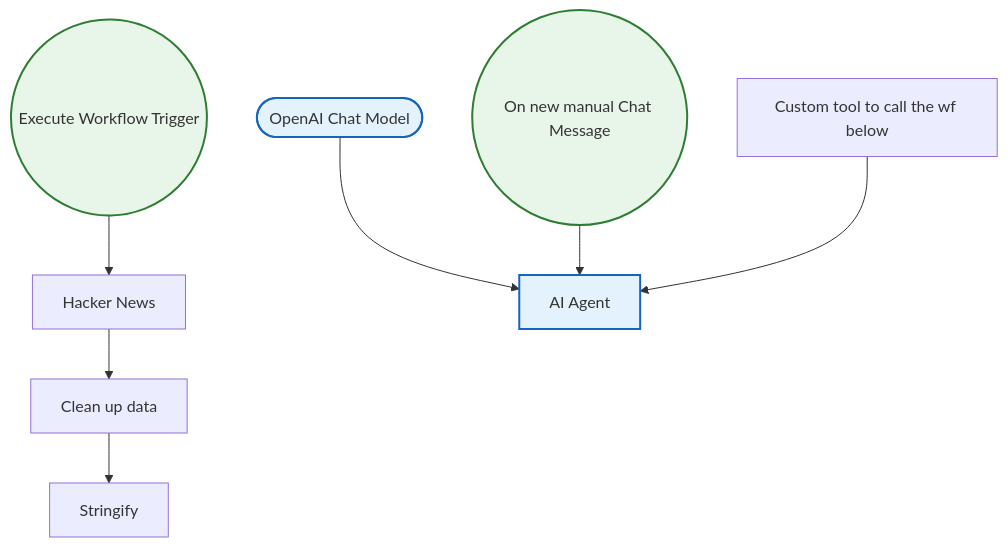
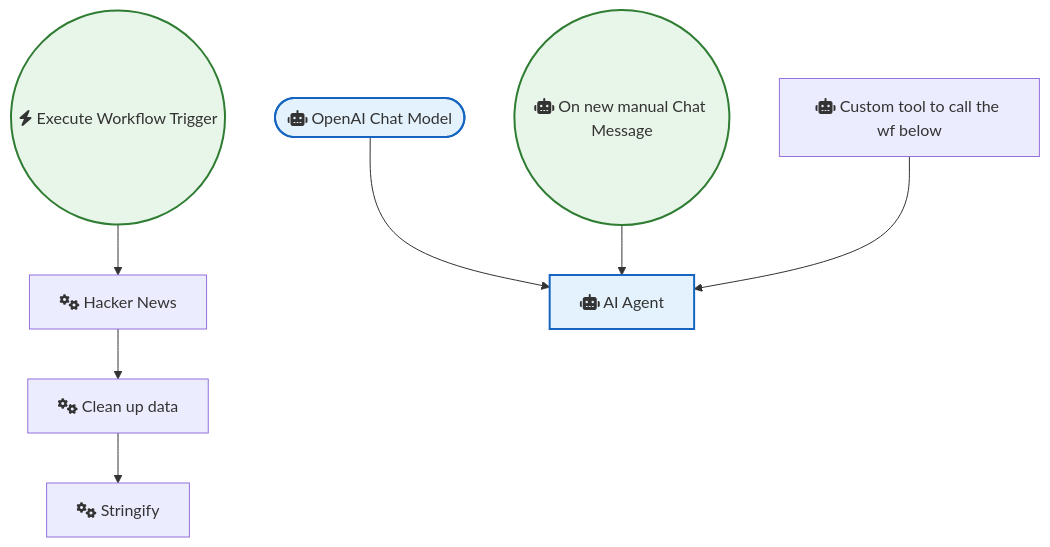
Before and after one commit to sreyash3105/N8N-DEMO-AUTOMATIONS: the diagram in OpenAI_and_LLMs/Ai Chat with Any Data Source Using the N8n Workflow Tool.md, drawn with Mermaid. The commit also changed 291 other files, not shown here.

````diff
--- a/OpenAI_and_LLMs/Ai Chat with Any Data Source Using the N8n Workflow Tool.md
+++ b/OpenAI_and_LLMs/Ai Chat with Any Data Source Using the N8n Workflow Tool.md
@@ -1,22 +1,22 @@
 ```mermaid
 graph TD
     classDef trigger fill:#e8f5e9,stroke:#2e7d32,stroke-width:2px;
     classDef ai fill:#e3f2fd,stroke:#1565c0,stroke-width:2px;
     classDef logic fill:#fff3e0,stroke:#ef6c00,stroke-width:2px;
 
-    On_new_manual_Chat_Message(("On new manual Chat Message")):::trigger
-    Execute_Workflow_Trigger(("Execute Workflow Trigger")):::trigger
-    Hacker_News["Hacker News"]
-    Clean_up_data["Clean up data"]
-    AI_Agent["AI Agent"]:::ai
-    OpenAI_Chat_Model(["OpenAI Chat Model"]):::ai
-    Stringify["Stringify"]
-    Custom_tool_to_call_the_wf_below["Custom tool to call the wf below"]
+    On_new_manual_Chat_Message(("fas:fa-robot On new manual Chat Message")):::trigger
+    Execute_Workflow_Trigger(("fas:fa-bolt Execute Workflow Trigger")):::trigger
+    Hacker_News["fas:fa-cogs Hacker News"]
+    Clean_up_data["fas:fa-cogs Clean up data"]
+    AI_Agent["fas:fa-robot AI Agent"]:::ai
+    OpenAI_Chat_Model(["fas:fa-robot OpenAI Chat Model"]):::ai
+    Stringify["fas:fa-cogs Stringify"]
+    Custom_tool_to_call_the_wf_below["fas:fa-robot Custom tool to call the wf below"]
 
     Hacker_News --> Clean_up_data
     Clean_up_data --> Stringify
     OpenAI_Chat_Model --> AI_Agent
     Execute_Workflow_Trigger --> Hacker_News
     On_new_manual_Chat_Message --> AI_Agent
     Custom_tool_to_call_the_wf_below --> AI_Agent
 ```
````
